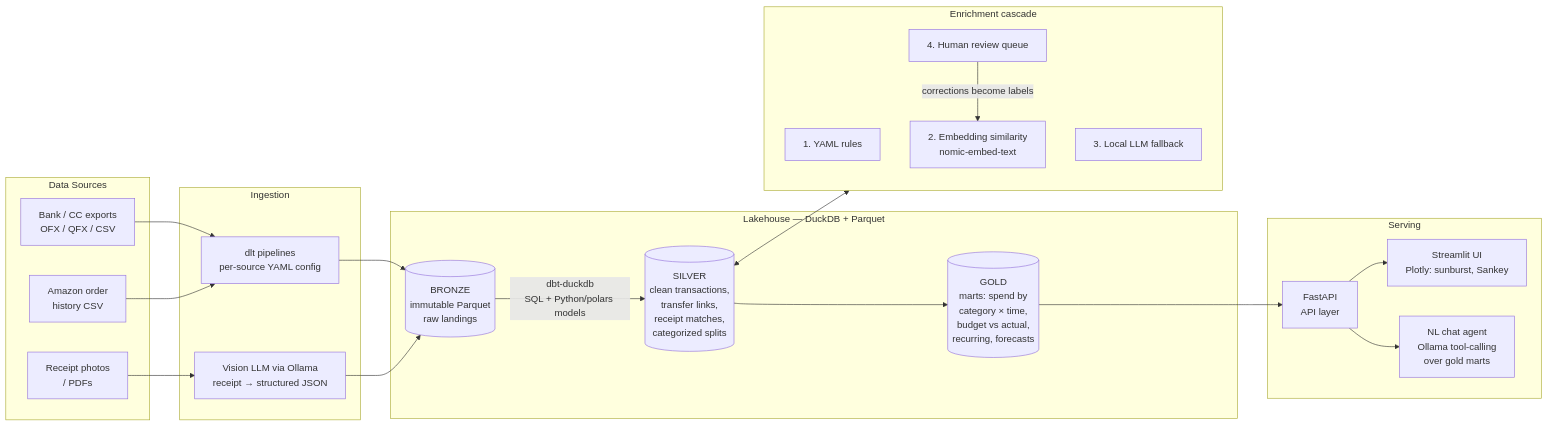
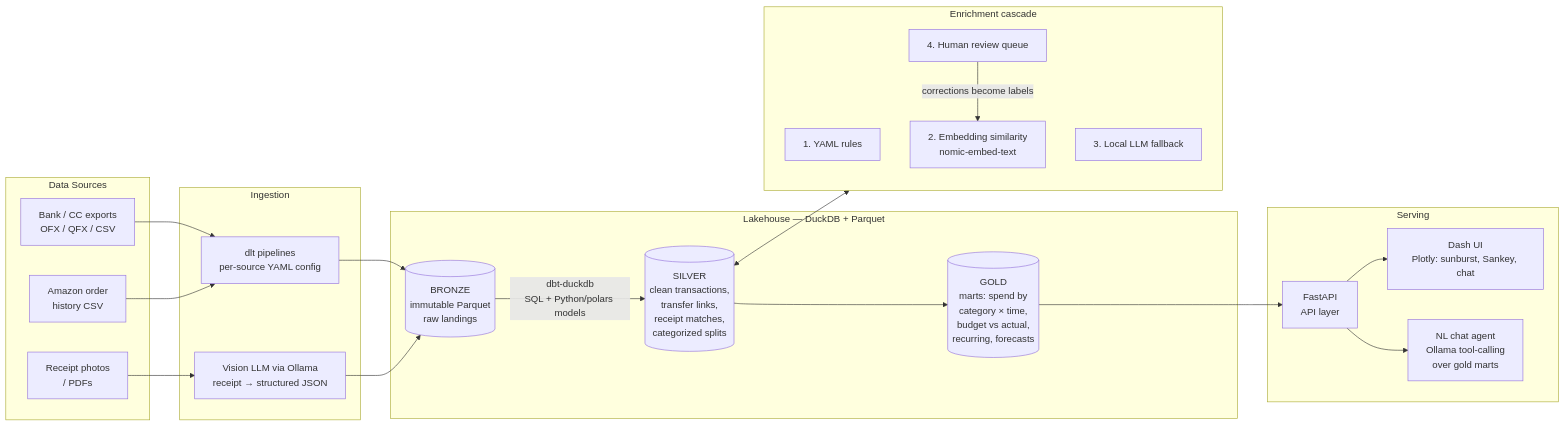
One commit to mcintalmo/personal-finance changed the diagram in docs/ARCHITECTURE.md. Above: the diagram before and after it, drawn with Mermaid. The commit also changed other lines of this file and 32 other files, not shown here.

First line of the commit message:
feat(dashboard): replace Streamlit with a Dash app, including a streaming chat page (#34)

````diff
--- a/docs/ARCHITECTURE.md
+++ b/docs/ARCHITECTURE.md
@@ -28,45 +28,45 @@
 ```mermaid
 flowchart LR
     subgraph sources [Data Sources]
         ofx[Bank / CC exports<br/>OFX / QFX / CSV]
         amazon[Amazon order<br/>history CSV]
         receipts[Receipt photos<br/>/ PDFs]
     end
 
     subgraph ingestion [Ingestion]
         dlt[dlt pipelines<br/>per-source YAML config]
         vision[Vision LLM via Ollama<br/>receipt → structured JSON]
     end
 
     subgraph lakehouse [Lakehouse — DuckDB + Parquet]
         bronze[(BRONZE<br/>immutable Parquet<br/>raw landings)]
         silver[(SILVER<br/>clean transactions,<br/>transfer links,<br/>receipt matches,<br/>categorized splits)]
         gold[(GOLD<br/>marts: spend by<br/>category × time,<br/>budget vs actual,<br/>recurring, forecasts)]
     end
 
     subgraph enrichment [Enrichment cascade]
         rules[1. YAML rules]
         embed[2. Embedding similarity<br/>nomic-embed-text]
         llm[3. Local LLM fallback]
         review[4. Human review queue]
     end
 
     subgraph serving [Serving]
         api[FastAPI<br/>API layer]
-        ui[Streamlit UI<br/>Plotly: sunburst, Sankey]
+        ui[Dash UI<br/>Plotly: sunburst, Sankey, chat]
         chat[NL chat agent<br/>Ollama tool-calling<br/>over gold marts]
     end
 
     ofx --> dlt
     amazon --> dlt
     receipts --> vision
     dlt --> bronze
     vision --> bronze
     bronze -->|dbt-duckdb<br/>SQL + Python/polars models| silver
     silver --> gold
     silver <--> enrichment
     review -->|corrections become labels| embed
     gold --> api
     api --> ui
     api --> chat
 ```
````
